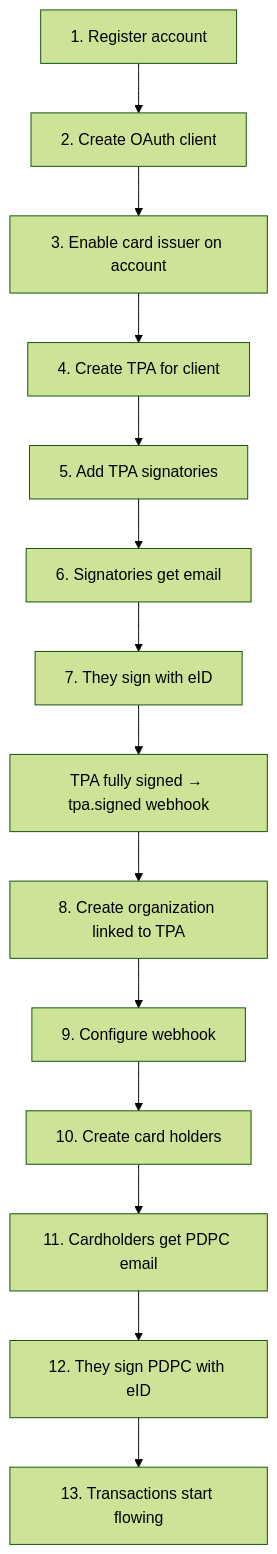
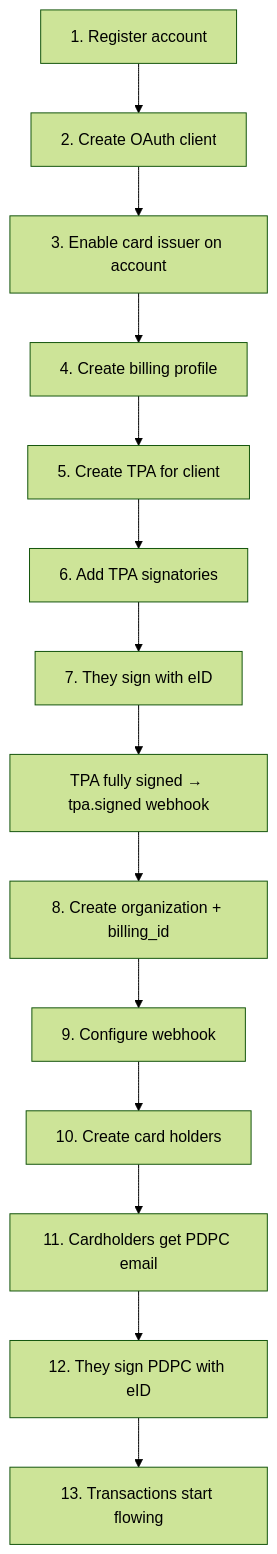
Before and after one commit to marc-opencard/developers.opencard.io: the diagram in introduction/how-it-works.mdx, drawn with Mermaid (forest theme). The commit also changed other lines of this file and 7 other files, not shown here.

````diff
--- a/introduction/how-it-works.mdx
+++ b/introduction/how-it-works.mdx
@@ -40,16 +44,16 @@
 ```mermaid
 flowchart TD
     A[1. Register account] --> B[2. Create OAuth client]
     B --> C[3. Enable card issuer on account]
-    C --> D[4. Create TPA for client]
-    D --> E[5. Add TPA signatories]
-    E --> F[6. Signatories get email]
+    C --> D[4. Create billing profile]
+    D --> E[5. Create TPA for client]
+    E --> F[6. Add TPA signatories]
     F --> G[7. They sign with eID]
     G --> K[TPA fully signed → tpa.signed webhook]
-    K --> L[8. Create organization linked to TPA]
+    K --> L[8. Create organization + billing_id]
     L --> M[9. Configure webhook]
     M --> N[10. Create card holders]
     N --> O[11. Cardholders get PDPC email]
     O --> P[12. They sign PDPC with eID]
     P --> Q[13. Transactions start flowing]
 ```
````
